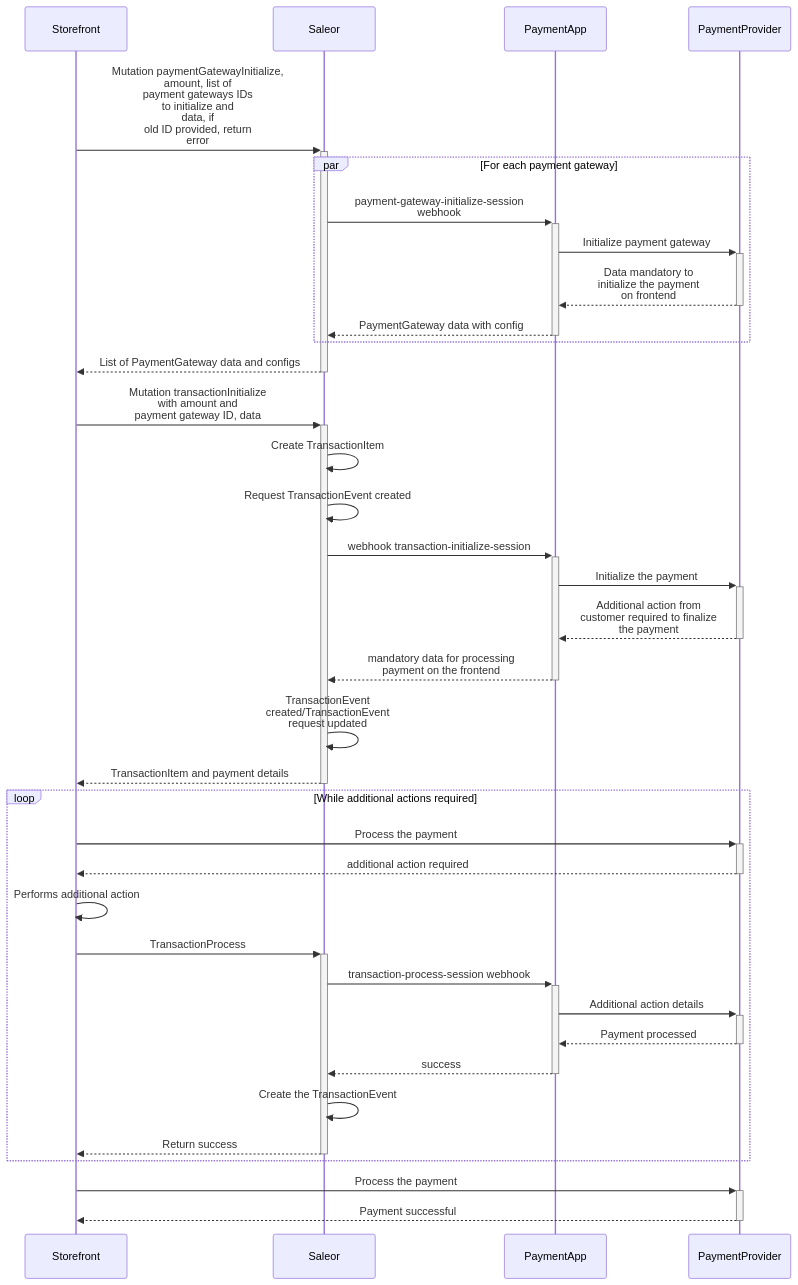
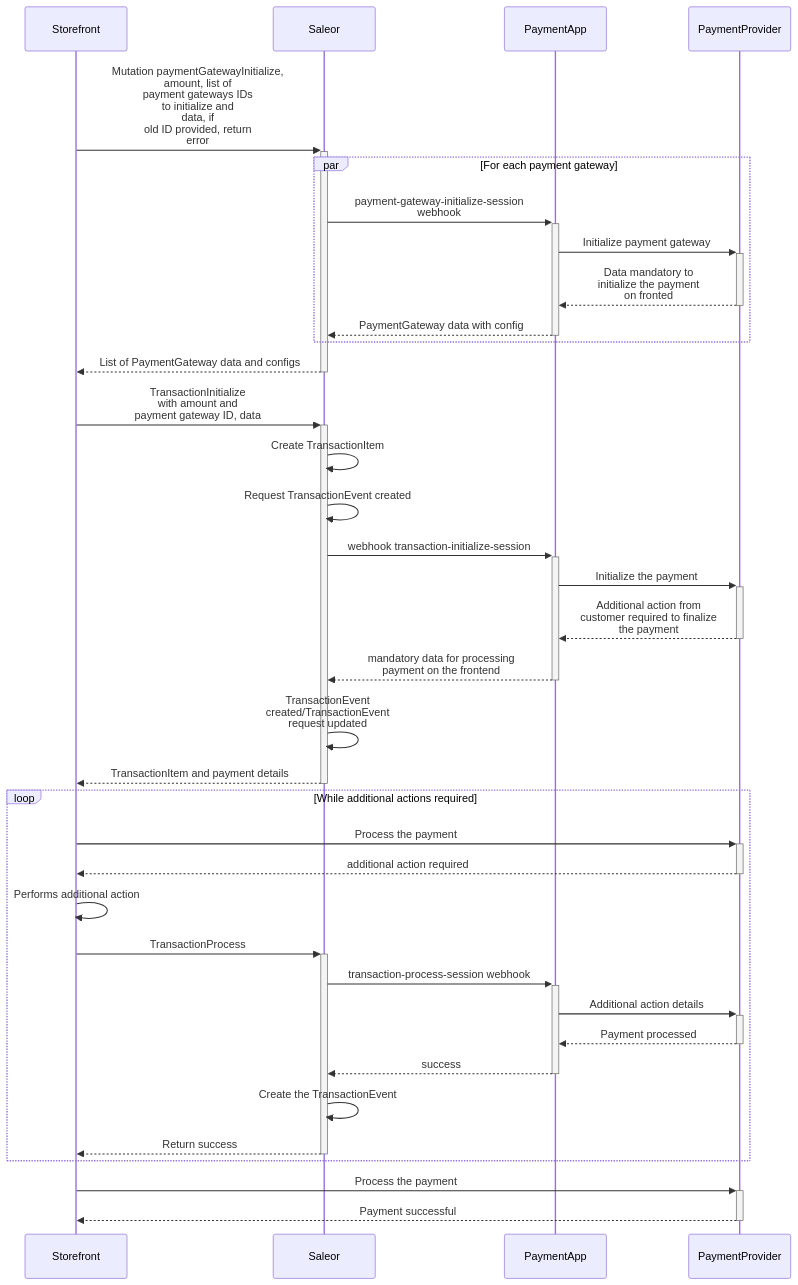
One commit to saleor/saleor-docs changed the first of 5 diagrams in versioned_docs/version-3.x/developer/payments.mdx. Above: the diagram before and after it, drawn with Mermaid. The commit also changed other lines of this file and 1 other file, not shown here.

Commit message:
Payment apps and custom apps comparison

````diff
--- a/versioned_docs/version-3.x/developer/payments.mdx
+++ b/versioned_docs/version-3.x/developer/payments.mdx
@@ -59,34 +59,34 @@
 ```mermaid
 sequenceDiagram
   Storefront ->>+ Saleor: Mutation paymentGatewayInitialize,<br>amount, list of<br>payment gateways IDs<br>to initialize and <br>data, if<br>old ID provided, return<br>error
   par For each payment gateway
     Saleor ->>+ PaymentApp: payment-gateway-initialize-session<br>webhook
     PaymentApp ->>+ PaymentProvider: Initialize payment gateway
-    PaymentProvider -->>- PaymentApp: Data mandatory to<br>initialize the payment<br>on frontend
+    PaymentProvider -->>- PaymentApp: Data mandatory to<br>initialize the payment<br>on fronted
     PaymentApp -->>- Saleor: PaymentGateway data with config
   end
   Saleor -->>- Storefront: List of PaymentGateway data and configs
-  Storefront ->>+ Saleor: Mutation transactionInitialize<br> with amount and<br>payment gateway ID, data
+  Storefront ->>+ Saleor: TransactionInitialize<br> with amount and<br>payment gateway ID, data
   Saleor ->> Saleor: Create TransactionItem
   Saleor ->> Saleor: Request TransactionEvent created
   Saleor ->>+ PaymentApp: webhook transaction-initialize-session
   PaymentApp ->>+ PaymentProvider: Initialize the payment
   PaymentProvider -->>- PaymentApp: Additional action from<br>customer required to finalize<br>the payment
   PaymentApp -->>- Saleor: mandatory data for processing<br>payment on the frontend
   Saleor ->> Saleor: TransactionEvent <br>created/TransactionEvent<br>request updated
   Saleor -->>- Storefront: TransactionItem and payment details
   loop While additional actions required
     Storefront ->>+ PaymentProvider: Process the payment
     PaymentProvider -->>- Storefront: additional action required
     Storefront ->> Storefront: Performs additional action
     Storefront ->>+ Saleor: TransactionProcess
     Saleor ->>+ PaymentApp: transaction-process-session webhook
     PaymentApp ->>+ PaymentProvider: Additional action details
     PaymentProvider -->>- PaymentApp: Payment processed
     PaymentApp -->>- Saleor: success
     Saleor ->> Saleor: Create the TransactionEvent
     Saleor -->>- Storefront: Return success
   end
   Storefront ->>+ PaymentProvider: Process the payment
   PaymentProvider -->>- Storefront: Payment successful
 ```
````
